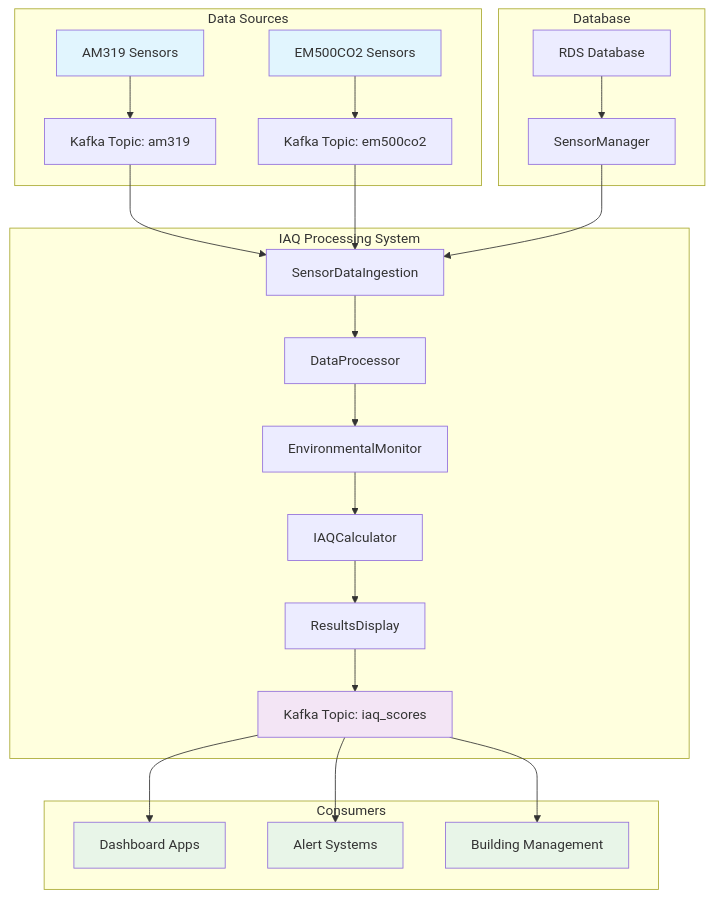
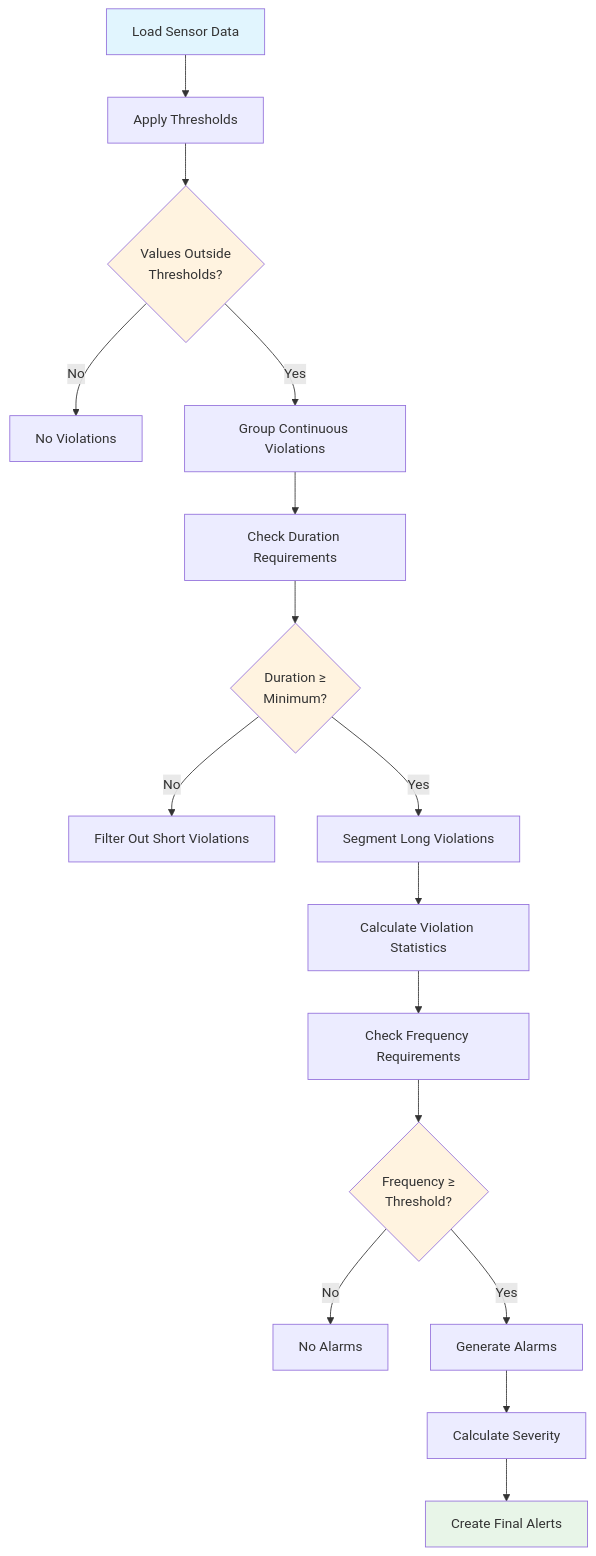
The third of 3 diagrams in README.md (CarloCHEN/pudu_robot), drawn with Mermaid before and after one commit. The commit also changed other lines of this file and 43 other files, not shown here.

````diff
--- a/README.md
+++ b/README.md
@@ -7,35 +279,24 @@
 ```mermaid
-graph TB
-    subgraph "Data Sources"
-        A[AM319 Sensors] --> K1[Kafka Topic: am319]
-        B[EM500CO2 Sensors] --> K2[Kafka Topic: em500co2]
-    end
-
-    subgraph "IAQ Processing System"
-        K1 --> C[SensorDataIngestion]
-        K2 --> C
-        C --> D[DataProcessor]
-        D --> E[EnvironmentalMonitor]
-        E --> F[IAQCalculator]
-        F --> G[ResultsDisplay]
-        G --> H[Kafka Topic: iaq_scores]
-    end
-
-    subgraph "Database"
-        I[RDS Database] --> J[SensorManager]
-        J --> C
-    end
-
-    subgraph "Consumers"
-        H --> L[Dashboard Apps]
-        H --> M[Alert Systems]
-        H --> N[Building Management]
-    end
+flowchart TD
+    A[Load Sensor Data] --> B[Apply Thresholds]
+    B --> C{Values Outside<br/>Thresholds?}
+    C -->|No| D[No Violations]
+    C -->|Yes| E[Group Continuous Violations]
+    E --> F[Check Duration Requirements]
+    F --> G{Duration ≥<br/>Minimum?}
+    G -->|No| H[Filter Out Short Violations]
+    G -->|Yes| I[Segment Long Violations]
+    I --> J[Calculate Violation Statistics]
+    J --> K[Check Frequency Requirements]
+    K --> L{Frequency ≥<br/>Threshold?}
+    L -->|No| M[No Alarms]
+    L -->|Yes| N[Generate Alarms]
+    N --> O[Calculate Severity]
+    O --> P[Create Final Alerts]
 
     style A fill:#e1f5fe
-    style B fill:#e1f5fe
-    style H fill:#f3e5f5
-    style L fill:#e8f5e8
-    style M fill:#e8f5e8
-    style N fill:#e8f5e8
+    style P fill:#e8f5e8
+    style C fill:#fff3e0
+    style G fill:#fff3e0
+    style L fill:#fff3e0
 ```
````
